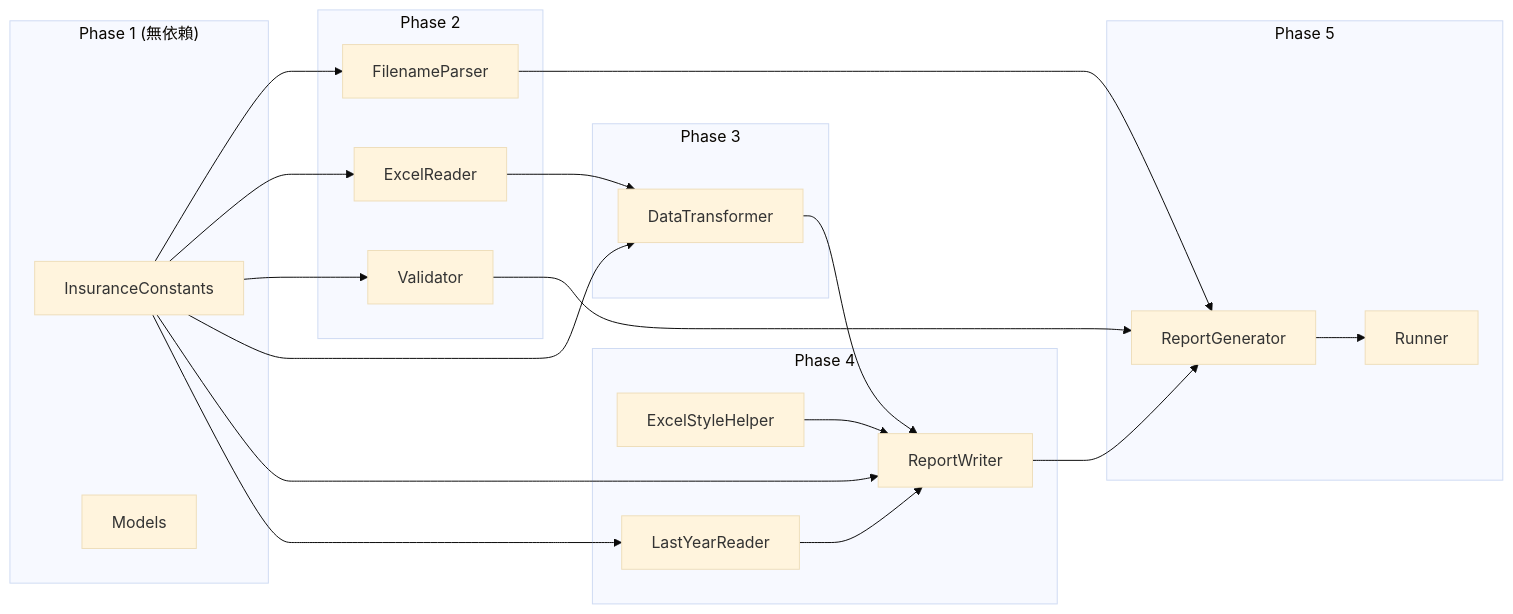
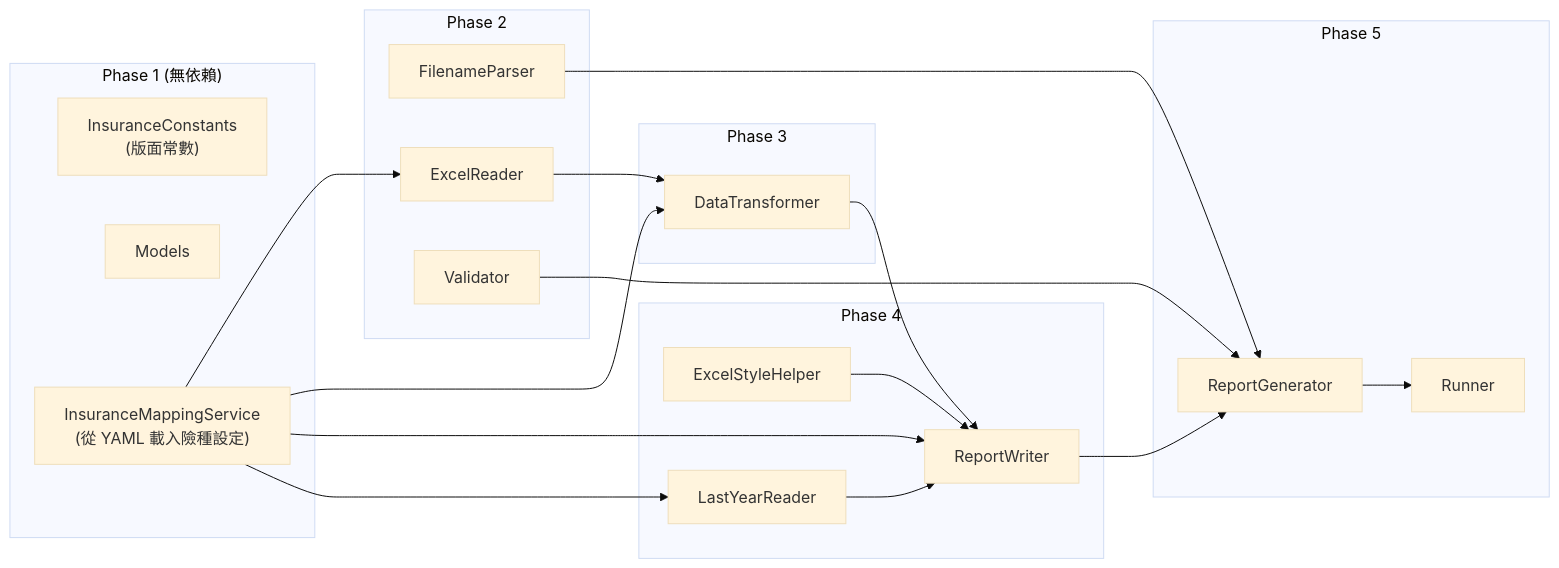
Before and after one commit to seawaterfoods/retained-premium-report-transformer: the second of 2 diagrams in docs/06-模組架構與類別圖.md, drawn with Mermaid (base theme). The commit also changed other lines of this file and 19 other files, not shown here.

````diff
--- a/docs/06-模組架構與類別圖.md
+++ b/docs/06-模組架構與類別圖.md
@@ -126,43 +146,42 @@
 ```mermaid
 graph LR
     subgraph Phase1["Phase 1 (無依賴)"]
-        IC["InsuranceConstants"]
+        IC["InsuranceConstants<br/>(版面常數)"]
         MOD["Models"]
+        IMS["InsuranceMappingService<br/>(從 YAML 載入險種設定)"]
     end
 
     subgraph Phase2["Phase 2"]
         FP["FilenameParser"]
         ER["ExcelReader"]
         VS["Validator"]
     end
 
     subgraph Phase3["Phase 3"]
         DT["DataTransformer"]
     end
 
     subgraph Phase4["Phase 4"]
         RW["ReportWriter"]
         ESH["ExcelStyleHelper"]
         LY["LastYearReader"]
     end
 
     subgraph Phase5["Phase 5"]
         GEN["ReportGenerator"]
         RUN["Runner"]
     end
 
-    IC --> FP
-    IC --> ER
-    IC --> VS
-    IC --> DT
-    IC --> RW
-    IC --> LY
+    IMS --> ER
+    IMS --> DT
+    IMS --> RW
+    IMS --> LY
     ER --> DT
     DT --> RW
     LY --> RW
     ESH --> RW
     FP --> GEN
     RW --> GEN
     VS --> GEN
     GEN --> RUN
 ```
````
